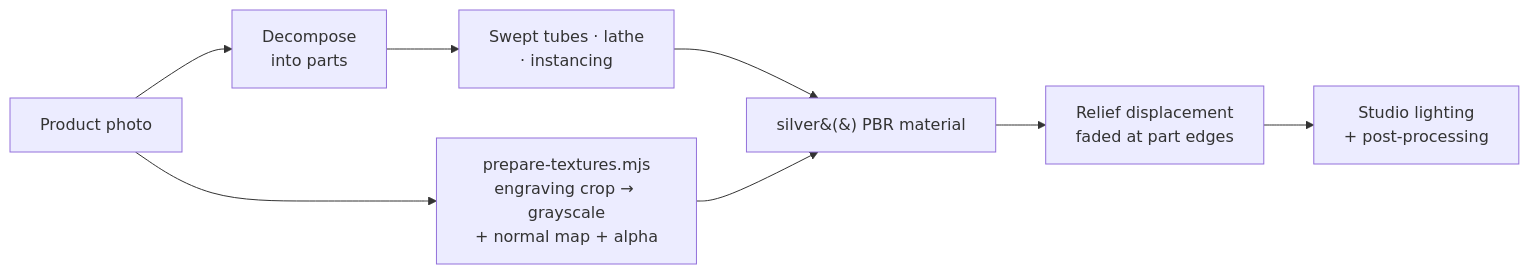
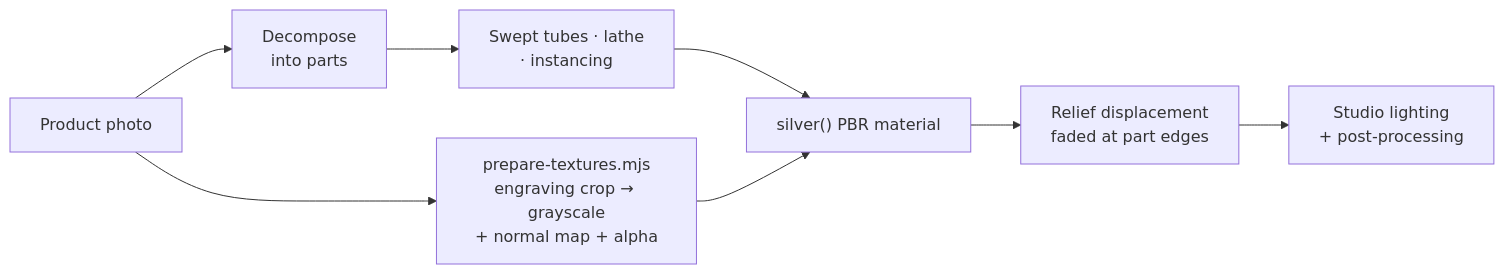
The diagram in README.md (Roushan-2104/Lajjah-reimagined), drawn with Mermaid before and after one commit.

Commit message:
Fix mermaid diagram parse error in README

````diff
--- a/README.md
+++ b/README.md
@@ -181,10 +181,10 @@
 ```mermaid
 flowchart LR
-    A[Product photo] --> B[Decompose<br/>into parts]
-    B --> C[Swept tubes · lathe<br/>· instancing]
-    A --> D[prepare-textures.mjs<br/>engraving crop → grayscale<br/>+ normal map + alpha]
-    C --> E[silver&#40;&#41; PBR material]
+    A["Product photo"] --> B["Decompose<br/>into parts"]
+    B --> C["Swept tubes · lathe<br/>· instancing"]
+    A --> D["prepare-textures.mjs<br/>engraving crop → grayscale<br/>+ normal map + alpha"]
+    C --> E["silver() PBR material"]
     D --> E
-    E --> F[Relief displacement<br/>faded at part edges]
-    F --> G[Studio lighting<br/>+ post-processing]
+    E --> F["Relief displacement<br/>faded at part edges"]
+    F --> G["Studio lighting<br/>+ post-processing"]
 ```
````
